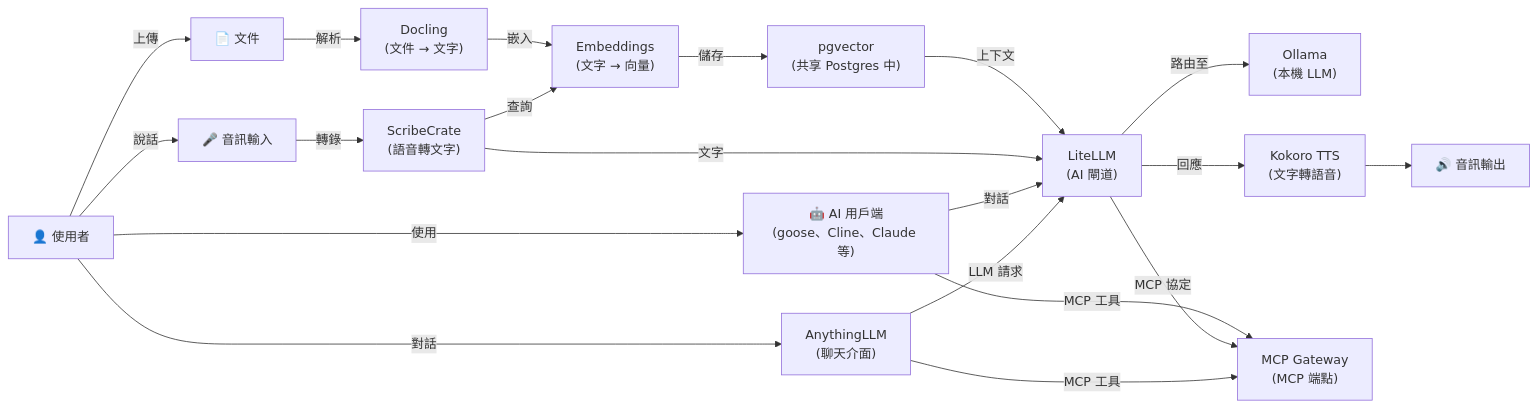
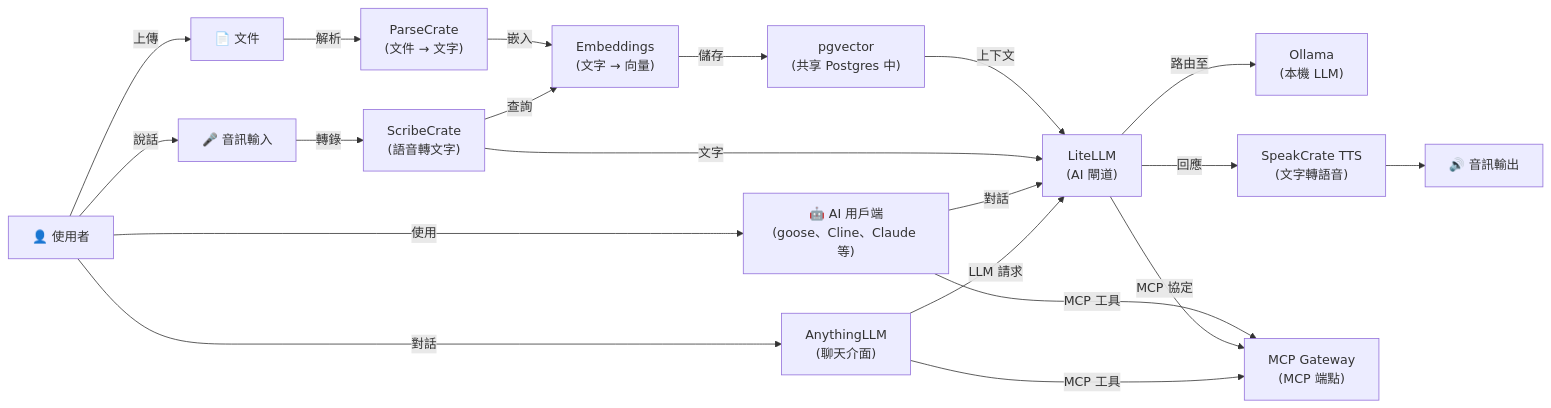
Before and after one commit to hwdsl2/self-hosted-ai-stack: the diagram in README-zh-Hant.md, drawn with Mermaid. The commit also changed other lines of this file and 26 other files, not shown here.

````diff
--- a/README-zh-Hant.md
+++ b/README-zh-Hant.md
@@ -188,22 +188,22 @@
 ```mermaid
 graph LR
     A["🎤 音訊輸入"] -->|轉錄| W["ScribeCrate<br/>(語音轉文字)"]
-    D["📄 文件"] -->|解析| DC["Docling<br/>(文件 → 文字)"]
+    D["📄 文件"] -->|解析| DC["ParseCrate<br/>(文件 → 文字)"]
     DC -->|嵌入| E["Embeddings<br/>(文字 → 向量)"]
     E -->|儲存| VDB["pgvector<br/>(共享 Postgres 中)"]
     W -->|查詢| E
     VDB -->|上下文| L["LiteLLM<br/>(AI 閘道)"]
     W -->|文字| L
     L -->|路由至| O["Ollama<br/>(本機 LLM)"]
-    L -->|回應| T["Kokoro TTS<br/>(文字轉語音)"]
+    L -->|回應| T["SpeakCrate TTS<br/>(文字轉語音)"]
     T --> B["🔊 音訊輸出"]
     C["🤖 AI 用戶端<br/>(goose、Cline、Claude 等)"] -->|MCP 工具| M["MCP Gateway<br/>(MCP 端點)"]
     C -->|對話| L
     L -->|MCP 協定| M
     U["👤 使用者"] -->|對話| AN["AnythingLLM<br/>(聊天介面)"]
     AN -->|LLM 請求| L
     AN -->|MCP 工具| M
     U -->|使用| C
     U -->|說話| A
     U -->|上傳| D
 ```
````
